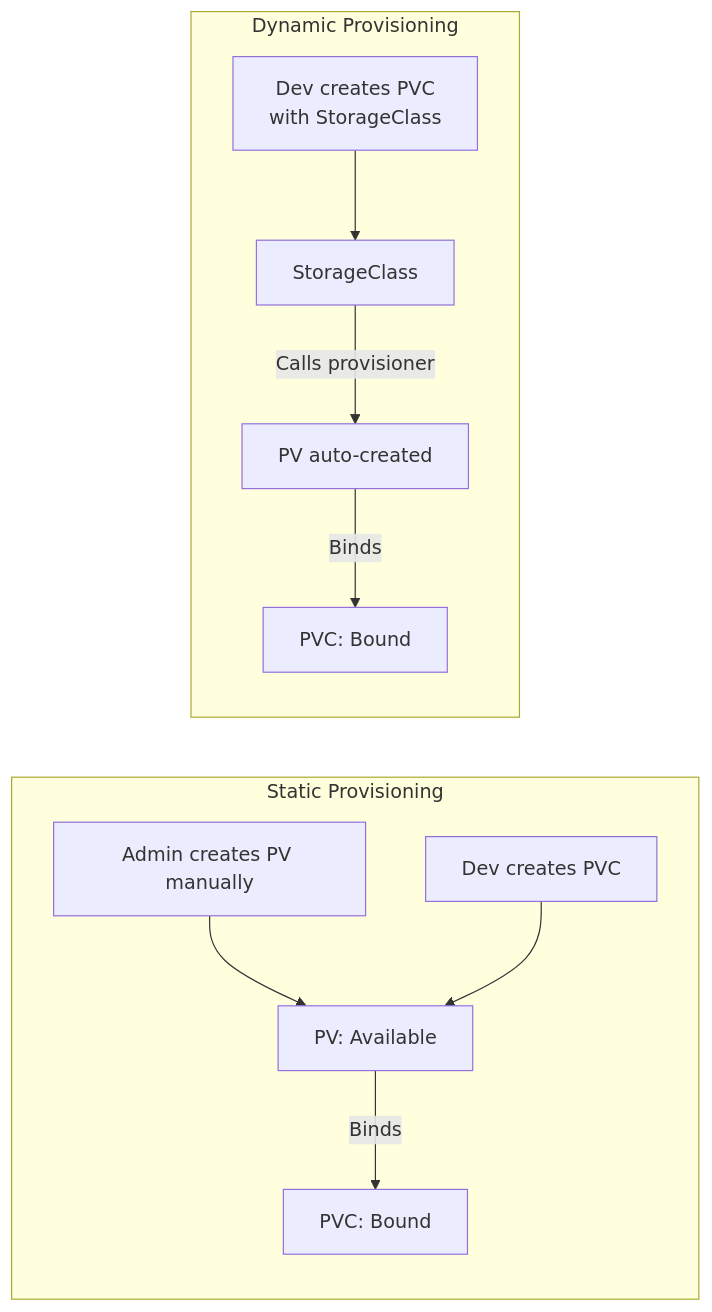
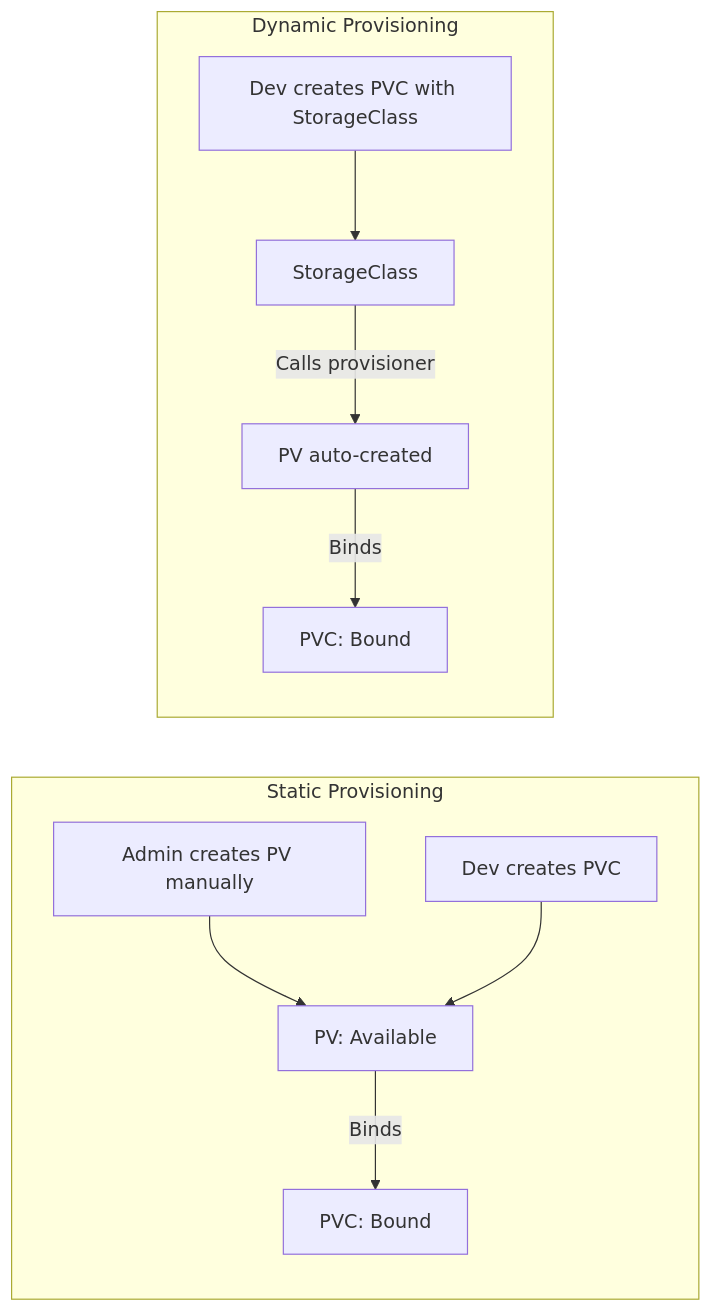
The fourth of 4 diagrams in 05_storage/02_persistent_volumes.md (UncleJS/course_k3s), drawn with Mermaid before and after one commit. The commit also changed other lines of this file and 57 other files, not shown here.

````diff
--- a/05_storage/02_persistent_volumes.md
+++ b/05_storage/02_persistent_volumes.md
@@ -276,15 +276,15 @@
 ```mermaid
 flowchart LR
     subgraph "Static Provisioning"
         ADMIN[Admin creates PV manually]
         ADMIN --> PV_S[PV: Available]
         DEV_S[Dev creates PVC] --> PV_S
         PV_S -->|"Binds"| BOUND_S[PVC: Bound]
     end
     subgraph "Dynamic Provisioning"
-        DEV_D[Dev creates PVC\nwith StorageClass]
+        DEV_D[Dev creates PVC with StorageClass]
         DEV_D --> SC_D[StorageClass]
         SC_D -->|"Calls provisioner"| PV_D[PV auto-created]
         PV_D -->|"Binds"| BOUND_D[PVC: Bound]
     end
 ```
````
